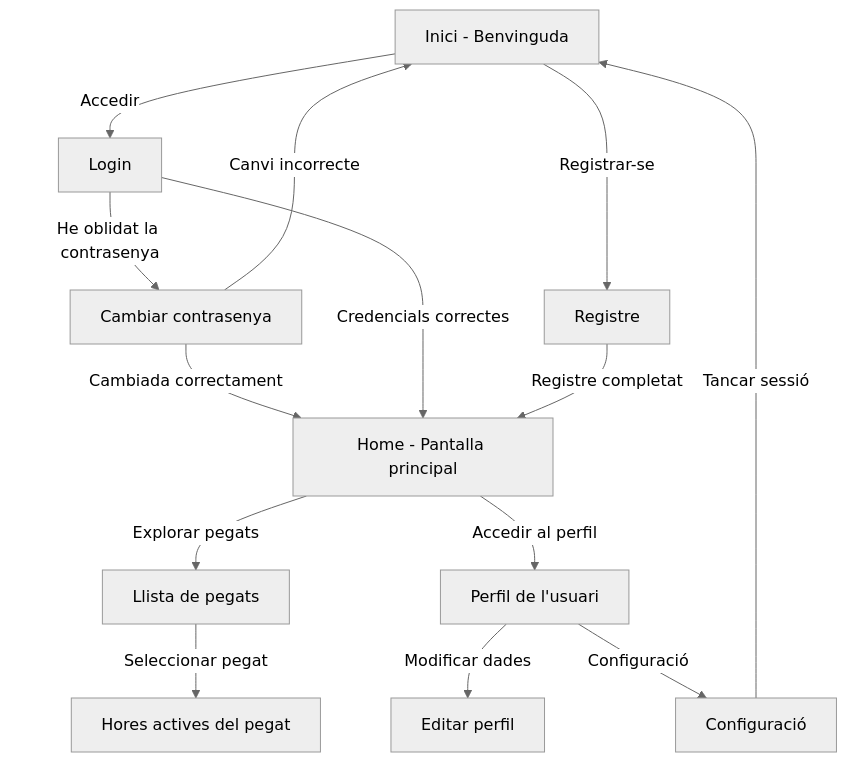
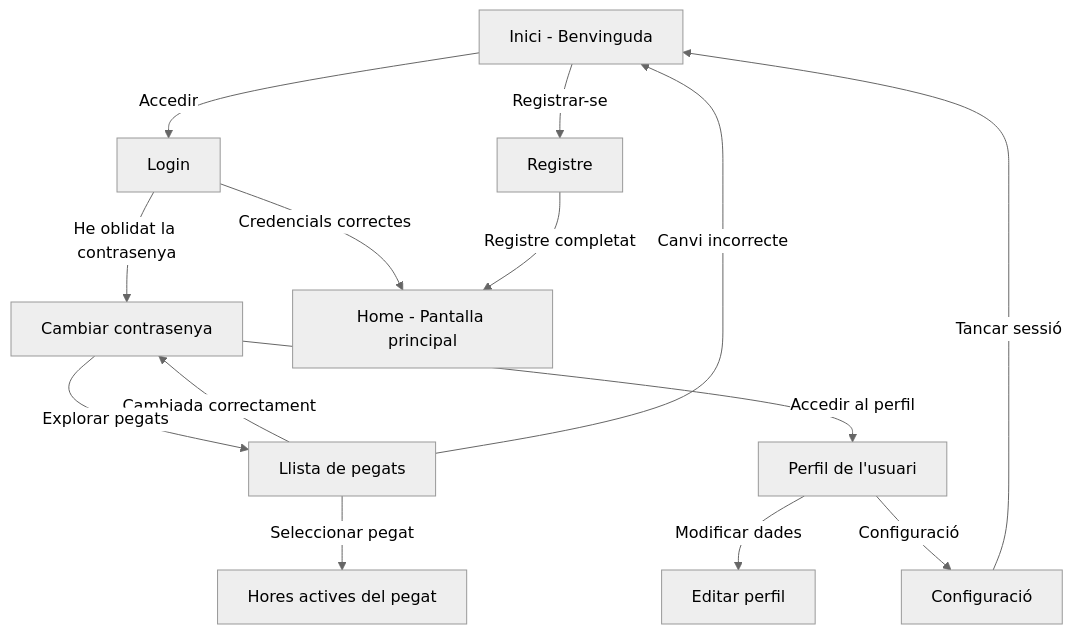
One commit to maraagm/TapatApp changed the diagram in chards/diagramPestanyes.mmd. Above: the diagram before and after it, drawn with Mermaid (neutral theme).

```diff
--- a/chards/diagramPestanyes.mmd
+++ b/chards/diagramPestanyes.mmd
@@ -1,14 +1,14 @@
 flowchart TD
     A[Inici - Benvinguda] -->|Accedir| B[Login]
-    B -->|He oblidat la contrasenya| F[Cambiar contrasenya]
+    B -->|He oblidat la contrasenya| D[Cambiar contrasenya]
     F -->|Cambiada correctament| D
     F -->|Canvi incorrecte|A
     A -->|Registrar-se| C[Registre]
-    B -->|Credencials correctes| D[Home - Pantalla principal]
-    C -->|Registre completat| D
-    D -->|Explorar pegats| E[Llista de pegats]
-    E -->|Seleccionar pegat| G[Hores actives del pegat]
+    B -->|Credencials correctes| E[Home - Pantalla principal]
+    C -->|Registre completat| E
+    D -->|Explorar pegats| F[Llista de pegats]
+    F -->|Seleccionar pegat| G[Hores actives del pegat]
     D -->|Accedir al perfil| J[Perfil de l'usuari]
     J -->|Modificar dades| K[Editar perfil]
     J -->|Configuració| L[Configuració]
     L -->|Tancar sessió| A
```
